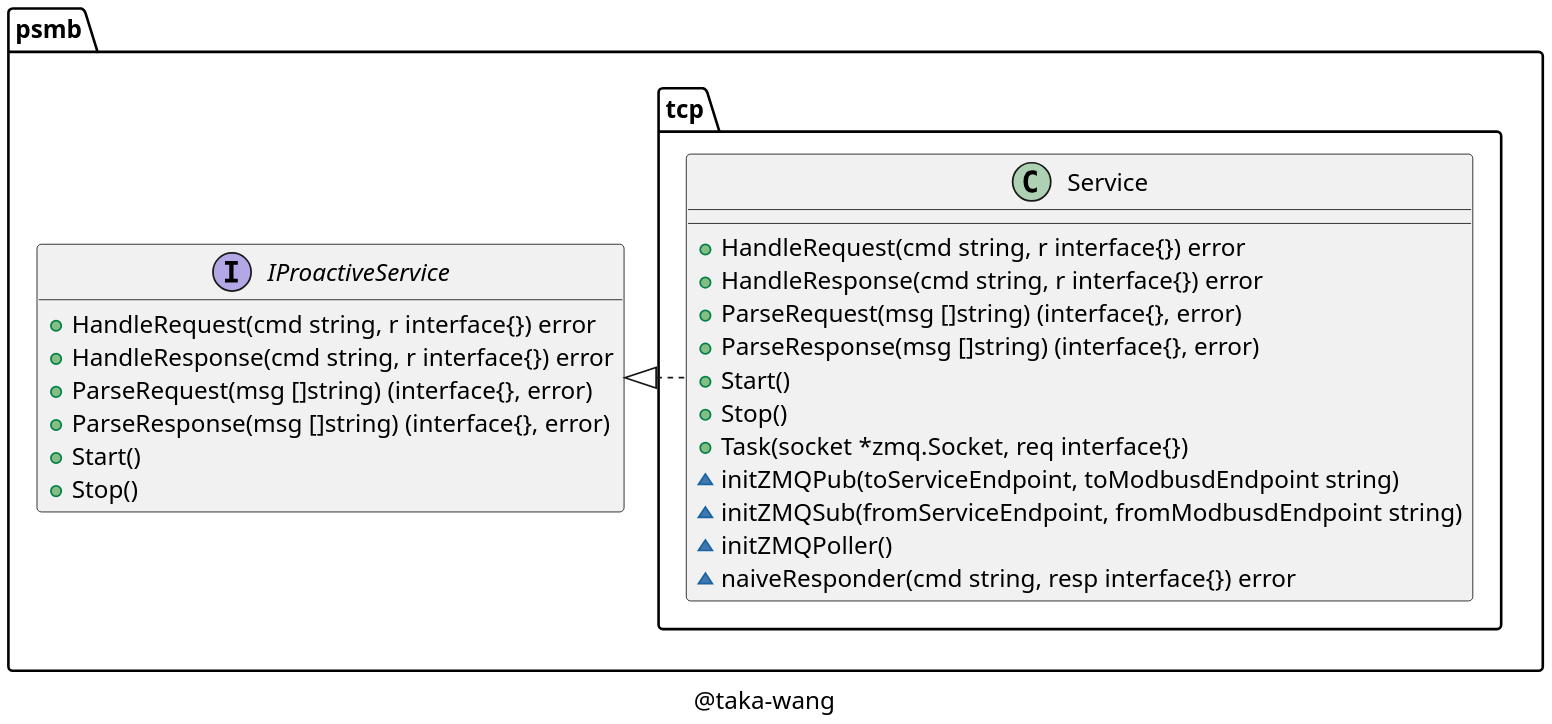
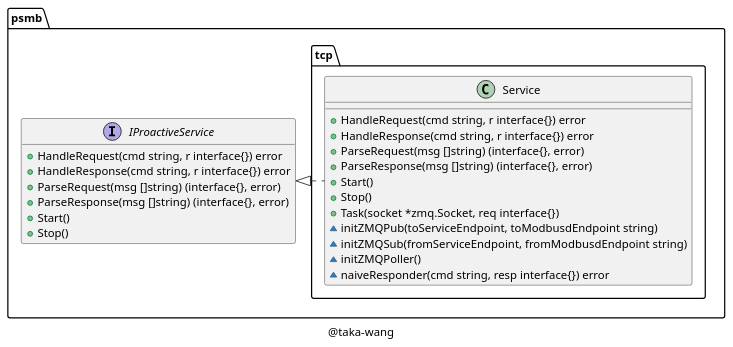
The diagram in class/mbtcp.puml (taka-wang/puml), drawn with PlantUML before and after one commit. The commit also changed 1 other file, not shown here.

```diff
--- a/class/mbtcp.puml
+++ b/class/mbtcp.puml
@@ -1,35 +1,34 @@
 @startuml
 
 set namespaceSeparator /
-scale 1920 width
 
 class psmb/tcp/Service {
     +HandleRequest(cmd string, r interface{}) error
     +HandleResponse(cmd string, r interface{}) error
     +ParseRequest(msg []string) (interface{}, error)
     +ParseResponse(msg []string) (interface{}, error)
     +Start()
     +Stop()
     +Task(socket *zmq.Socket, req interface{})
     ~initZMQPub(toServiceEndpoint, toModbusdEndpoint string)
     ~initZMQSub(fromServiceEndpoint, fromModbusdEndpoint string)
     ~initZMQPoller()
     ~naiveResponder(cmd string, resp interface{}) error
 }
 
 interface psmb/IProactiveService {
     +HandleRequest(cmd string, r interface{}) error
     +HandleResponse(cmd string, r interface{}) error
     +ParseRequest(msg []string) (interface{}, error)
     +ParseResponse(msg []string) (interface{}, error)
     +Start()
     +Stop()
 }
 
 "psmb/IProactiveService" <|. "psmb/tcp/Service"
 
 caption @taka-wang
 
 hide interface fields
 
 @enduml
```
